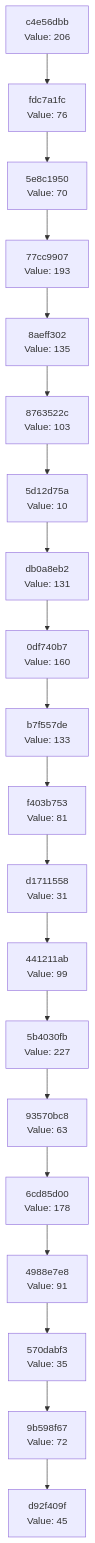
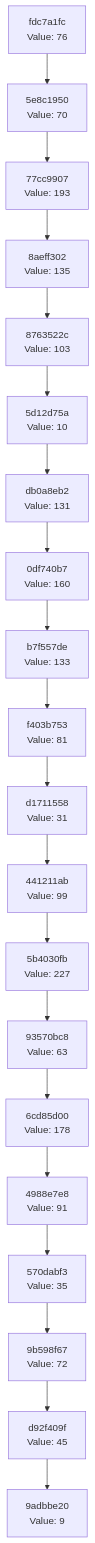
Before and after one commit to Abhisheksinha1506/hash-chain-evolver: the diagram in docs/CHAIN_VISUALIZATION.md, drawn with Mermaid. The commit also changed 1 other file, not shown here.

Commit message:
Evolution step: hash 0x09 → action executed

````diff
--- a/docs/CHAIN_VISUALIZATION.md
+++ b/docs/CHAIN_VISUALIZATION.md
@@ -3,42 +3,42 @@
 ```mermaid
 graph TD
-    C0["d92f409f<br/>Value: 45"]
-    C1["9b598f67<br/>Value: 72"]
+    C0["9adbbe20<br/>Value: 9"]
+    C1["d92f409f<br/>Value: 45"]
     C1 --> C0
-    C2["570dabf3<br/>Value: 35"]
+    C2["9b598f67<br/>Value: 72"]
     C2 --> C1
-    C3["4988e7e8<br/>Value: 91"]
+    C3["570dabf3<br/>Value: 35"]
     C3 --> C2
-    C4["6cd85d00<br/>Value: 178"]
+    C4["4988e7e8<br/>Value: 91"]
     C4 --> C3
-    C5["93570bc8<br/>Value: 63"]
+    C5["6cd85d00<br/>Value: 178"]
     C5 --> C4
-    C6["5b4030fb<br/>Value: 227"]
+    C6["93570bc8<br/>Value: 63"]
     C6 --> C5
-    C7["441211ab<br/>Value: 99"]
+    C7["5b4030fb<br/>Value: 227"]
     C7 --> C6
-    C8["d1711558<br/>Value: 31"]
+    C8["441211ab<br/>Value: 99"]
     C8 --> C7
-    C9["f403b753<br/>Value: 81"]
+    C9["d1711558<br/>Value: 31"]
     C9 --> C8
-    C10["b7f557de<br/>Value: 133"]
+    C10["f403b753<br/>Value: 81"]
     C10 --> C9
-    C11["0df740b7<br/>Value: 160"]
+    C11["b7f557de<br/>Value: 133"]
     C11 --> C10
-    C12["db0a8eb2<br/>Value: 131"]
+    C12["0df740b7<br/>Value: 160"]
     C12 --> C11
-    C13["5d12d75a<br/>Value: 10"]
+    C13["db0a8eb2<br/>Value: 131"]
     C13 --> C12
-    C14["8763522c<br/>Value: 103"]
+    C14["5d12d75a<br/>Value: 10"]
     C14 --> C13
-    C15["8aeff302<br/>Value: 135"]
+    C15["8763522c<br/>Value: 103"]
     C15 --> C14
-    C16["77cc9907<br/>Value: 193"]
+    C16["8aeff302<br/>Value: 135"]
     C16 --> C15
-    C17["5e8c1950<br/>Value: 70"]
+    C17["77cc9907<br/>Value: 193"]
     C17 --> C16
-    C18["fdc7a1fc<br/>Value: 76"]
+    C18["5e8c1950<br/>Value: 70"]
     C18 --> C17
-    C19["c4e56dbb<br/>Value: 206"]
+    C19["fdc7a1fc<br/>Value: 76"]
     C19 --> C18
 ```
````
